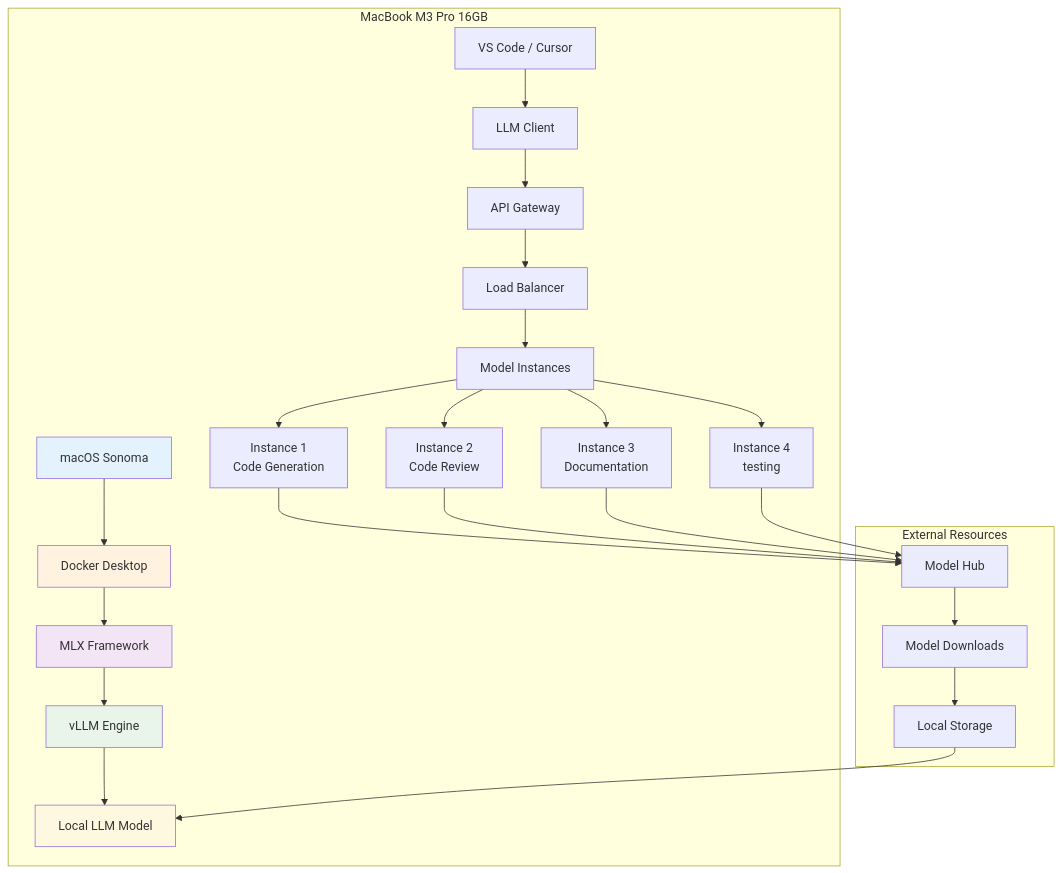
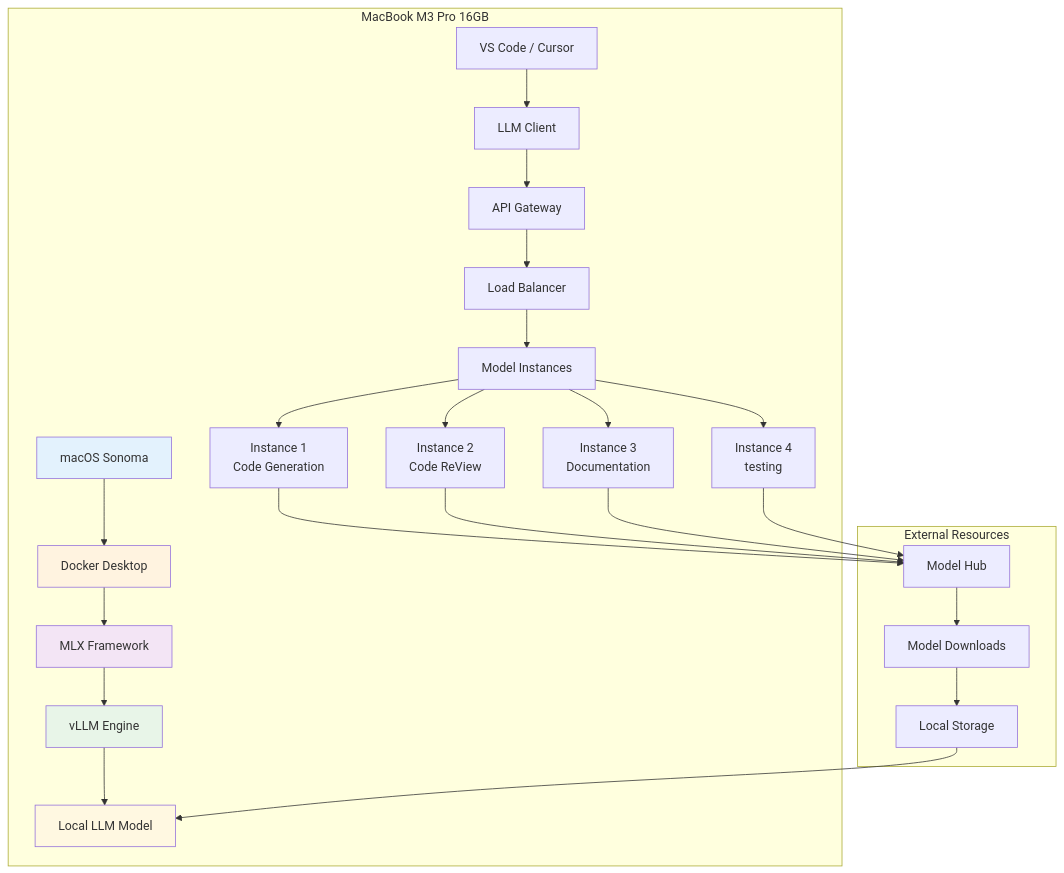
One commit to NeoZorK/neozork-hld-prediction changed the second of 5 diagrams in docs/automl/gluon/33_llm_parallel_computing_setup.md. Above: the diagram before and after it, drawn with Mermaid. The commit also changed other lines of this file and 108 other files, not shown here.

````diff
--- a/docs/automl/gluon/33_llm_parallel_computing_setup.md
+++ b/docs/automl/gluon/33_llm_parallel_computing_setup.md
@@ -57,36 +57,36 @@
 ```mermaid
 graph TB
  subgraph "MacBook M3 Pro 16GB"
  A[macOS Sonoma] --> B[Docker Desktop]
  B --> C[MLX Framework]
  C --> D[vLLM Engine]
  D --> E[Local LLM Model]
 
  F[VS Code / Cursor] --> G[LLM Client]
  G --> H[API Gateway]
  H --> I[Load Balancer]
  I --> J[Model Instances]
 
  J --> K[Instance 1<br/>Code Generation]
- J --> L[Instance 2<br/>Code Review]
+ J --> L[Instance 2<br/>Code ReView]
  J --> M[Instance 3<br/>Documentation]
  J --> N[Instance 4<br/>testing]
  end
 
  subgraph "External Resources"
  O[Model Hub] --> P[Model Downloads]
  P --> Q[Local Storage]
  end
 
  Q --> E
  K --> O
  L --> O
  M --> O
  N --> O
 
  style A fill:#e3f2fd
  style B fill:#fff3e0
  style C fill:#f3e5f5
  style D fill:#e8f5e8
  style E fill:#fff8e1
 ```
````
